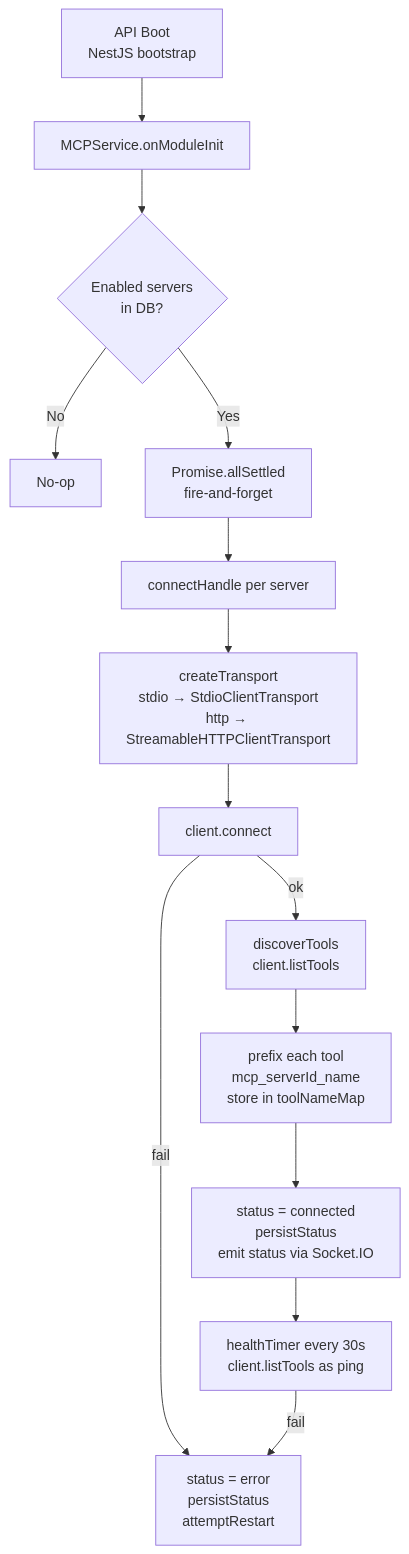
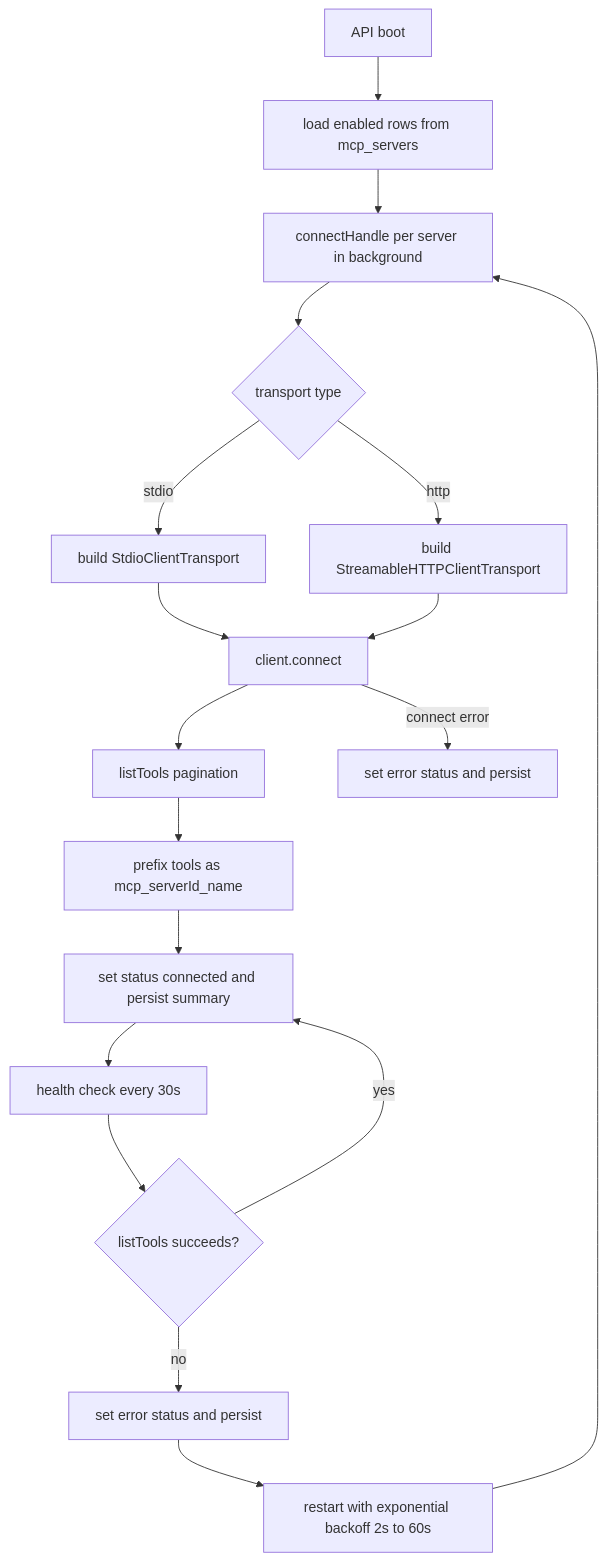
One commit to Radomiej/kalio-forever changed the first of 3 diagrams in docs/mcp-architecture.md. Above: the diagram before and after it, drawn with Mermaid. The commit also changed other lines of this file and 10 other files, not shown here.

First line of the commit message:
refactor: Update tool architecture documentation and add application architecture overview

````diff
--- a/docs/mcp-architecture.md
+++ b/docs/mcp-architecture.md
@@ -109,16 +31,22 @@
 ```mermaid
 flowchart TD
-    A[API Boot\nNestJS bootstrap] --> B[MCPService.onModuleInit]
-    B --> C{Enabled servers\nin DB?}
-    C -- No --> D[No-op]
-    C -- Yes --> E[Promise.allSettled\nfire-and-forget]
-    E --> F[connectHandle per server]
-    F --> G[createTransport\nstdio → StdioClientTransport\nhttp → StreamableHTTPClientTransport]
-    G --> H[client.connect]
-    H -- fail --> I[status = error\npersistStatus\nattemptRestart]
-    H -- ok --> J[discoverTools\nclient.listTools]
-    J --> K[prefix each tool\nmcp_serverId_name\nstore in toolNameMap]
-    K --> L[status = connected\npersistStatus\nemit status via Socket.IO]
-    L --> M[healthTimer every 30s\nclient.listTools as ping]
-    M -- fail --> I
+    Boot[API boot] --> Rows[load enabled rows from mcp_servers]
+    Rows --> Connect[connectHandle per server in background]
+    Connect --> Transport{transport type}
+    Transport -- stdio --> Stdio[build StdioClientTransport]
+    Transport -- http --> Http[build StreamableHTTPClientTransport]
+    Stdio --> ClientConnect[client.connect]
+    Http --> ClientConnect
+
+    ClientConnect --> Discover[listTools pagination]
+    Discover --> Prefix[prefix tools as mcp_serverId_name]
+    Prefix --> Connected[set status connected and persist summary]
+    Connected --> Health[health check every 30s]
+
+    ClientConnect -->|connect error| ConnectError[set error status and persist]
+    Health --> Healthy{listTools succeeds?}
+    Healthy -- yes --> Connected
+    Healthy -- no --> RuntimeError[set error status and persist]
+    RuntimeError --> Restart[restart with exponential backoff 2s to 60s]
+    Restart --> Connect
 ```
````
